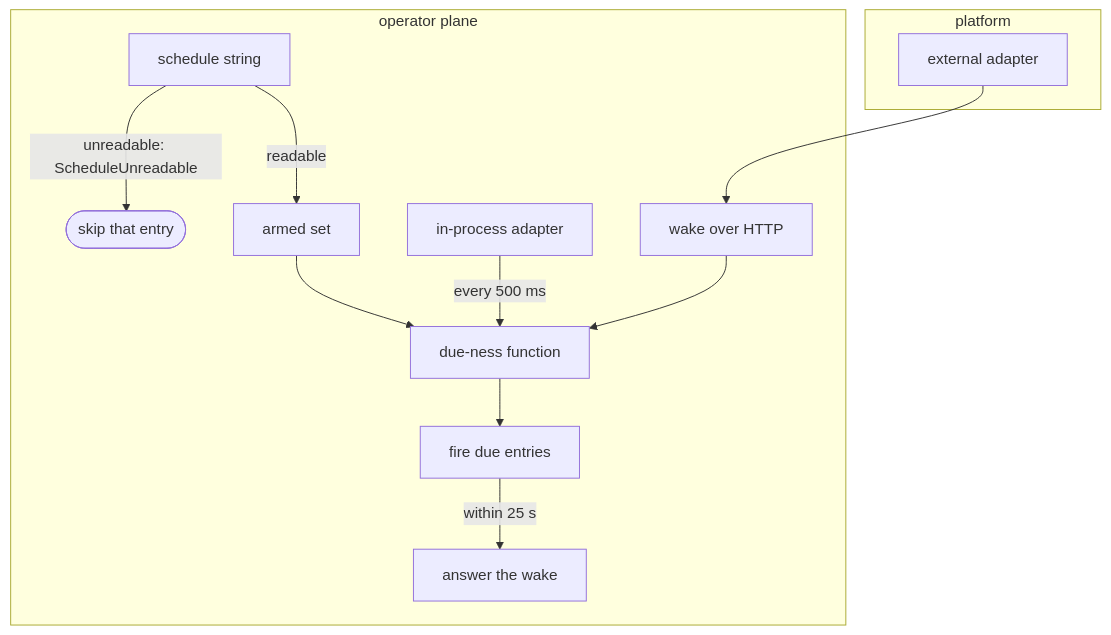
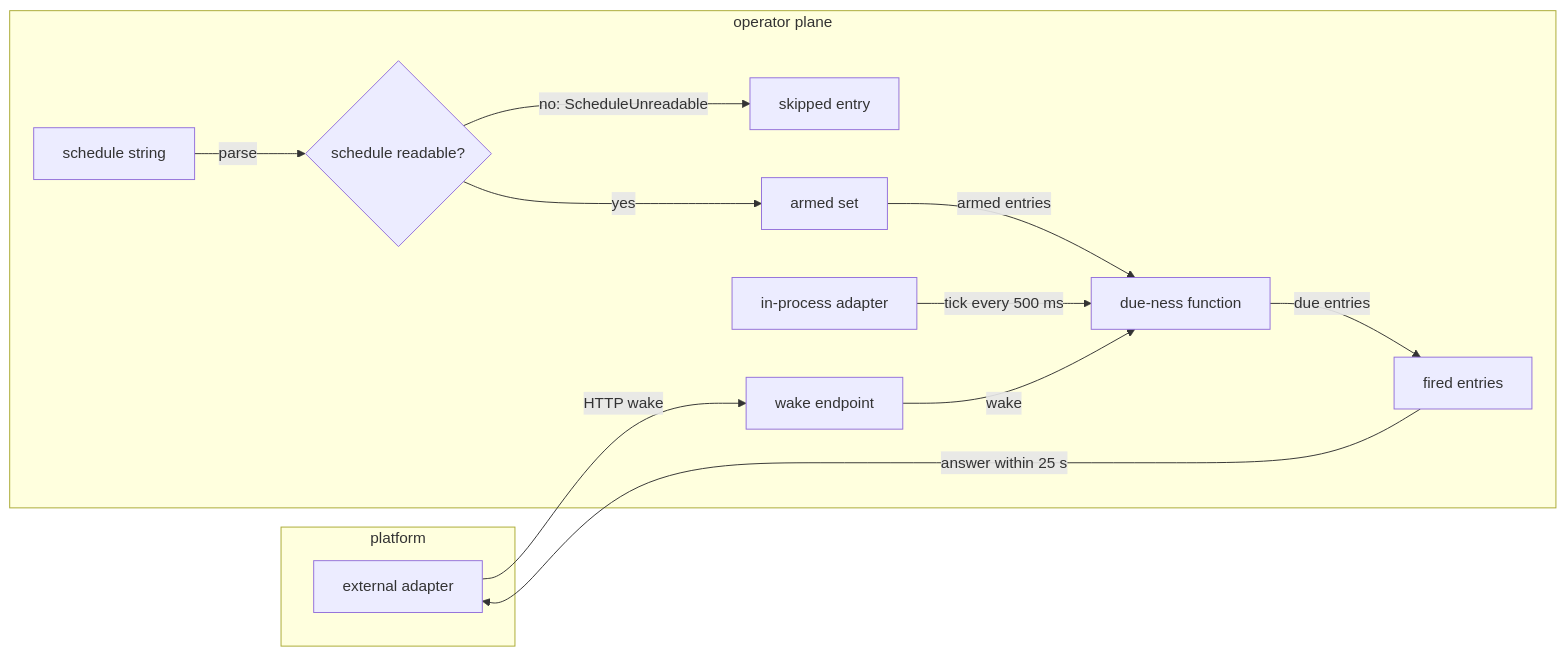
The second of 5 diagrams in spec/70-control-plane.md (fractalboxdev/contextful), drawn with Mermaid before and after one commit. The commit also changed other lines of this file and 31 other files, not shown here.

First line of the commit message:
spec: every diagram draws things as nodes and what flows as labelled edges

````diff
--- a/spec/70-control-plane.md
+++ b/spec/70-control-plane.md
@@ -67,16 +74,25 @@
 ```mermaid
-flowchart TD
+flowchart LR
   subgraph platform["platform"]
     EXT["external adapter"]
   end
   subgraph plane["operator plane"]
-    SCH["schedule string"] -- "unreadable: ScheduleUnreadable" --> E1(["skip that entry"])
-    SCH -- "readable" --> SET["armed set"]
-    IP["in-process adapter"] -- "every 500 ms" --> DUE["due-ness function"]
-    WAKE["wake over HTTP"] --> DUE
-    SET --> DUE
-    DUE --> FIRE["fire due entries"]
-    FIRE -- "within 25 s" --> ANS["answer the wake"]
+    SCH["schedule string"]
+    OK{"schedule readable?"}
+    SKIP["skipped entry"]
+    SET["armed set"]
+    IP["in-process adapter"]
+    WAKE["wake endpoint"]
+    DUE["due-ness function"]
+    FIRED["fired entries"]
   end
-  EXT --> WAKE
+  SCH -- "parse" --> OK
+  OK -- "no: ScheduleUnreadable" --> SKIP
+  OK -- "yes" --> SET
+  IP -- "tick every 500 ms" --> DUE
+  EXT -- "HTTP wake" --> WAKE
+  WAKE -- "wake" --> DUE
+  SET -- "armed entries" --> DUE
+  DUE -- "due entries" --> FIRED
+  FIRED -- "answer within 25 s" --> EXT
 ```
````
